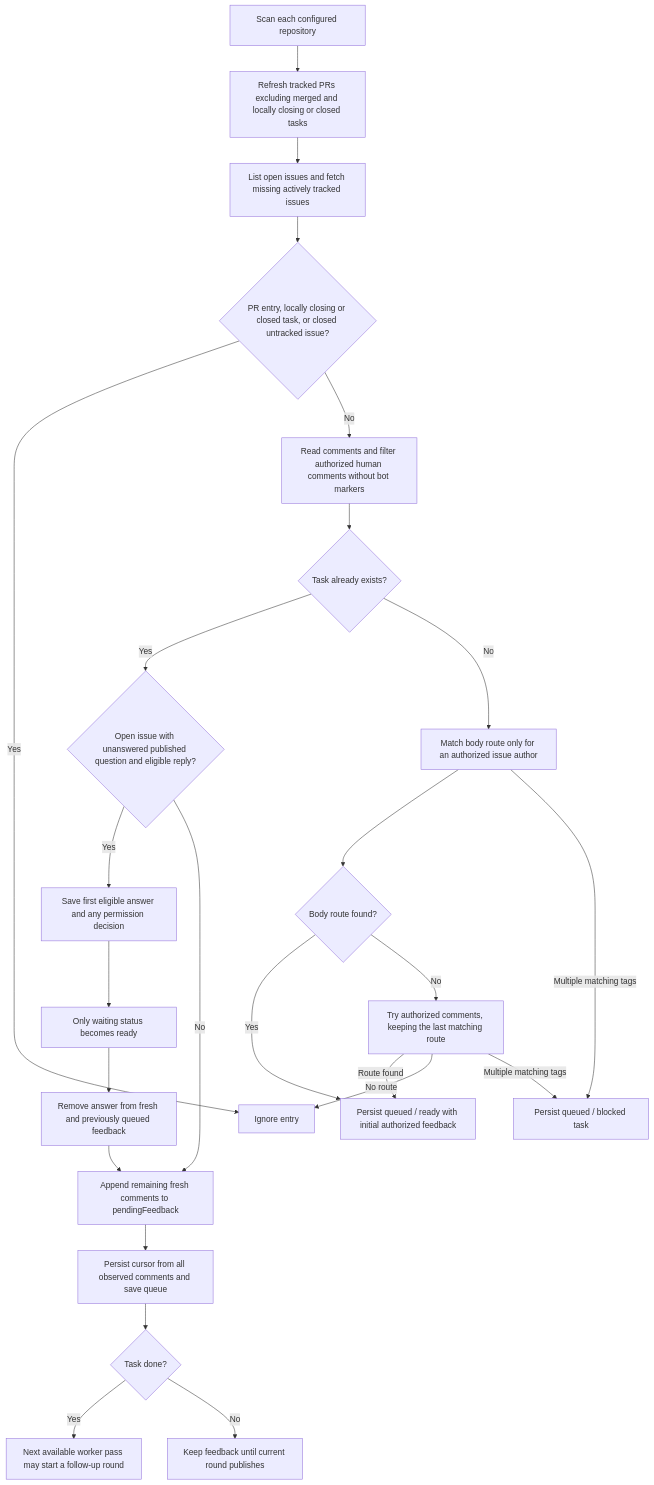
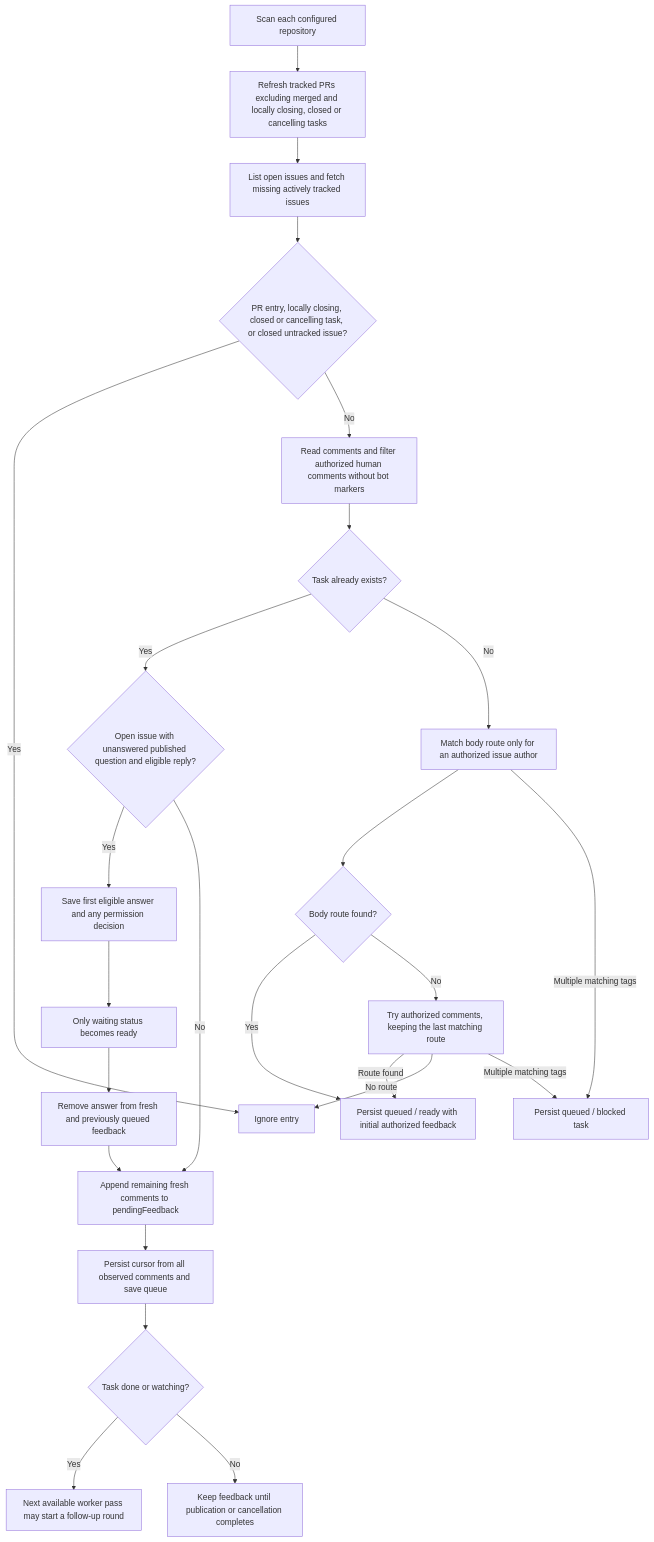
The second of 8 diagrams in docs/bot-workflow.md (d3cker/opencode2-github-automation), drawn with Mermaid before and after one commit. The commit also changed other lines of this file and 22 other files, not shown here.

````diff
--- a/docs/bot-workflow.md
+++ b/docs/bot-workflow.md
@@ -115,27 +115,27 @@
 ```mermaid
 flowchart TD
-    Scan[Scan each configured repository] --> PRs[Refresh tracked PRs excluding merged and locally closing or closed tasks]
+    Scan[Scan each configured repository] --> PRs[Refresh tracked PRs excluding merged and locally closing, closed or cancelling tasks]
     PRs --> Issues[List open issues and fetch missing actively tracked issues]
-    Issues --> Skip{PR entry, locally closing or closed task, or closed untracked issue?}
+    Issues --> Skip{PR entry, locally closing, closed or cancelling task, or closed untracked issue?}
     Skip -->|Yes| Ignore[Ignore entry]
     Skip -->|No| Comments[Read comments and filter authorized human comments without bot markers]
     Comments --> Tracked{Task already exists?}
     Tracked -->|Yes| Answer{Open issue with unanswered published question and eligible reply?}
     Answer -->|Yes| Accept[Save first eligible answer and any permission decision]
     Accept --> Ready[Only waiting status becomes ready]
     Ready --> Remaining[Remove answer from fresh and previously queued feedback]
     Answer -->|No| Feedback[Append remaining fresh comments to pendingFeedback]
     Remaining --> Feedback
     Feedback --> Cursor[Persist cursor from all observed comments and save queue]
-    Cursor --> Gate{Task done?}
+    Cursor --> Gate{Task done or watching?}
     Gate -->|Yes| Later[Next available worker pass may start a follow-up round]
-    Gate -->|No| Retain[Keep feedback until current round publishes]
+    Gate -->|No| Retain[Keep feedback until publication or cancellation completes]
     Tracked -->|No| Body[Match body route only for an authorized issue author]
     Body --> Found{Body route found?}
     Found -->|Yes| Queue[Persist queued / ready with initial authorized feedback]
     Found -->|No| Route[Try authorized comments, keeping the last matching route]
     Route -->|Route found| Queue
     Route -->|No route| Ignore
     Body -->|Multiple matching tags| Block[Persist queued / blocked task]
     Route -->|Multiple matching tags| Block
 ```
````
